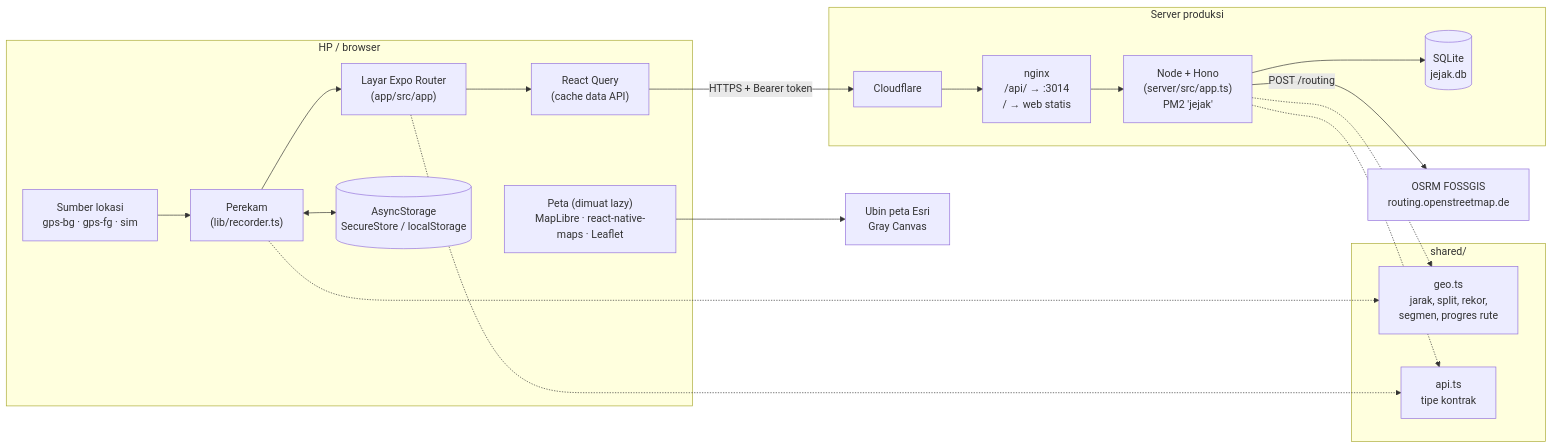
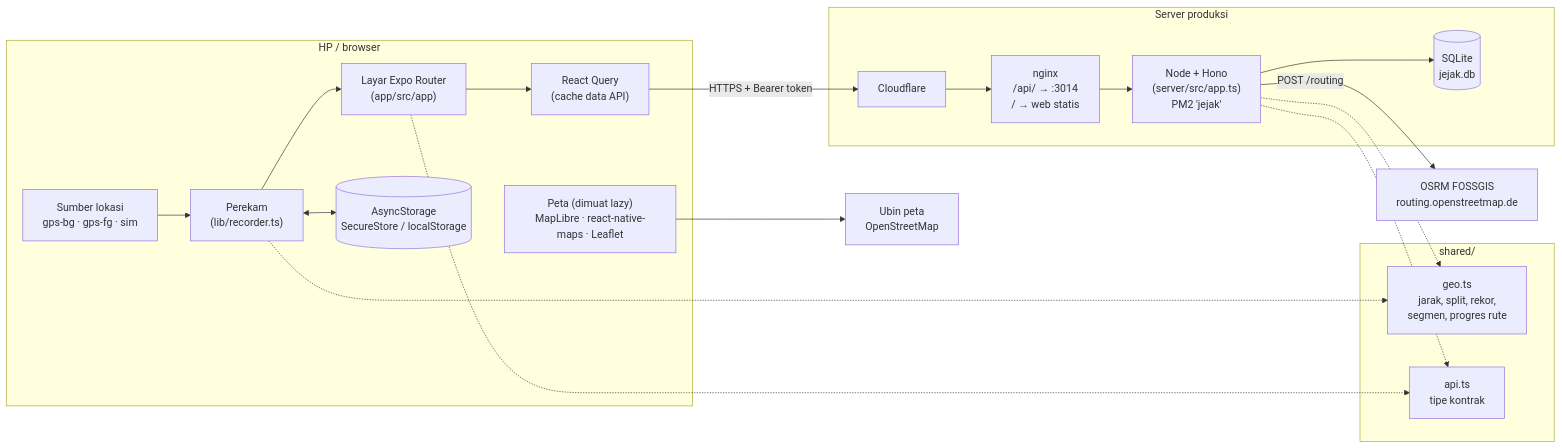
Before and after one commit to Masamune21-dev/Jejak: the diagram in docs/README.md, drawn with Mermaid. The commit also changed 31 other files, not shown here.

First line of the commit message:
Desain baru gelap hijau mint ala referensi, peta OpenStreetMap versi gelap

````diff
--- a/docs/README.md
+++ b/docs/README.md
@@ -47,37 +47,37 @@
 ```mermaid
 flowchart LR
   subgraph HP["HP / browser"]
     UI["Layar Expo Router<br/>(app/src/app)"]
     REC["Perekam<br/>(lib/recorder.ts)"]
     SRC["Sumber lokasi<br/>gps-bg · gps-fg · sim"]
     RQ["React Query<br/>(cache data API)"]
     MAP["Peta (dimuat lazy)<br/>MapLibre · react-native-maps · Leaflet"]
     STORE[("AsyncStorage<br/>SecureStore / localStorage")]
   end
 
   subgraph SHARED["shared/"]
     GEO["geo.ts<br/>jarak, split, rekor,<br/>segmen, progres rute"]
     TYPES["api.ts<br/>tipe kontrak"]
   end
 
   subgraph PROD["Server produksi"]
     CF["Cloudflare"]
     NGINX["nginx<br/>/api/ → :3014<br/>/ → web statis"]
     HONO["Node + Hono<br/>(server/src/app.ts)<br/>PM2 'jejak'"]
     DB[("SQLite<br/>jejak.db")]
   end
 
   OSRM["OSRM FOSSGIS<br/>routing.openstreetmap.de"]
-  ESRI["Ubin peta Esri<br/>Gray Canvas"]
+  ESRI["Ubin peta<br/>OpenStreetMap"]
 
   SRC --> REC --> UI
   REC <--> STORE
   UI --> RQ
   RQ -- "HTTPS + Bearer token" --> CF --> NGINX --> HONO --> DB
   HONO -- "POST /routing" --> OSRM
   MAP --> ESRI
   REC -.-> GEO
   HONO -.-> GEO
   UI -.-> TYPES
   HONO -.-> TYPES
 ```
````
